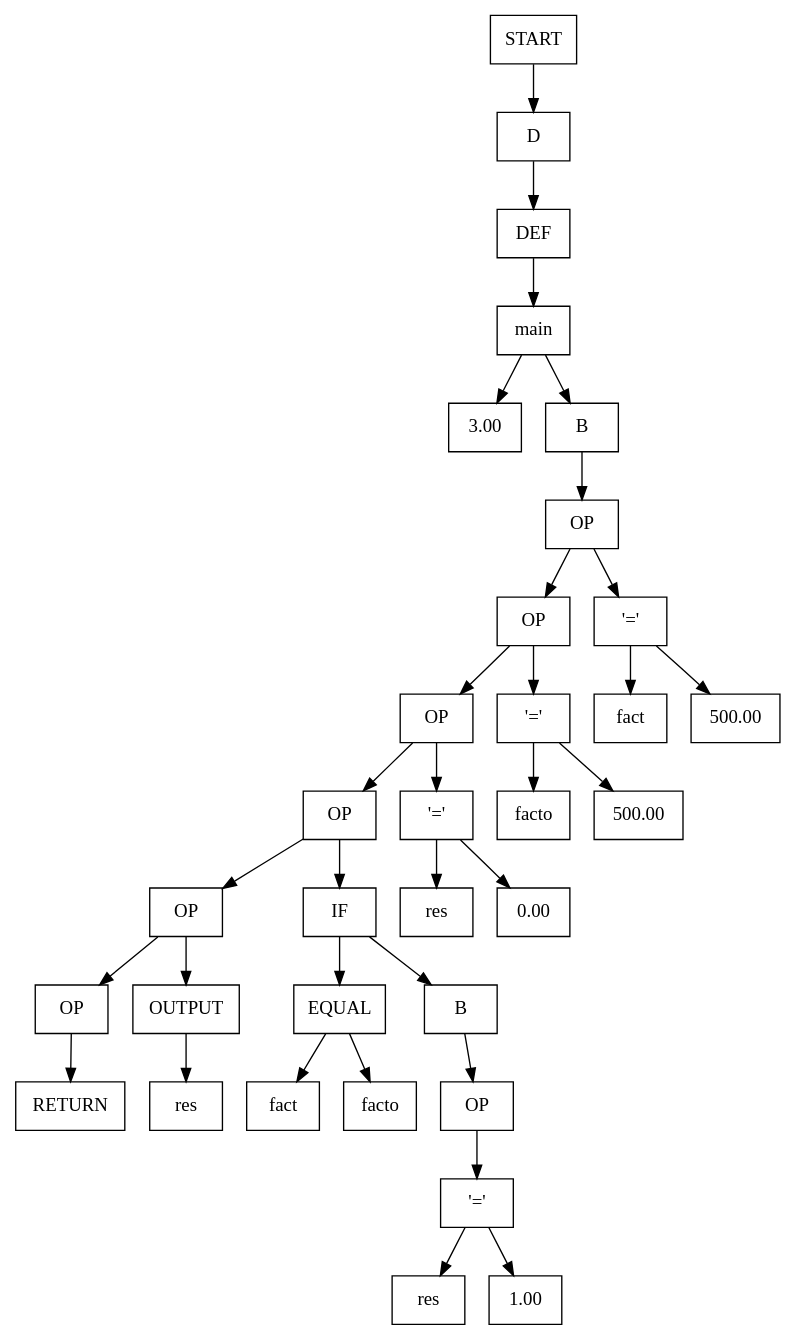
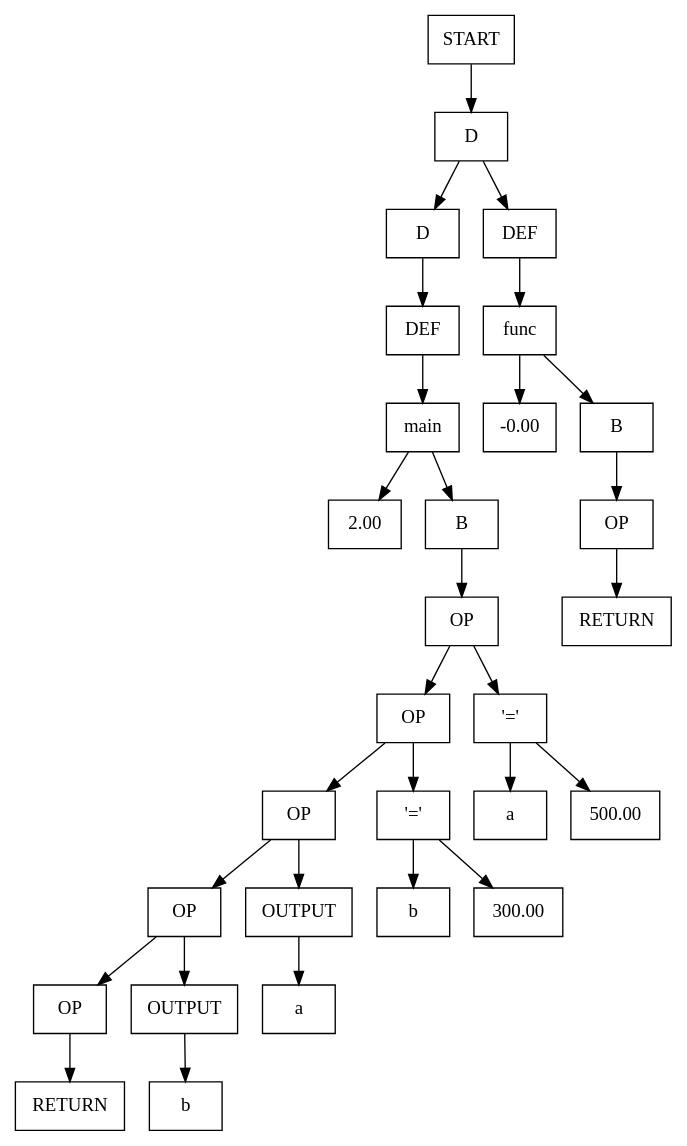
Before and after one commit to AnastasMIPT/Language: the diagram in resources/output.dot, drawn with Graphviz. The commit also changed 7 other files, not shown here.

```diff
--- a/resources/output.dot
+++ b/resources/output.dot
@@ -1,67 +1,59 @@
 digraph {
-node0x55c1e1868c50 [label="START", shape=box];
-node0x55c1e1869c60 [label="D", shape=box];
-node0x55c1e1868c50 -> node0x55c1e1869c60
-node0x55c1e1868cc0 [label="DEF", shape=box];
-node0x55c1e1869c60 -> node0x55c1e1868cc0
-node0x55c1e1868d30 [label="main", shape=box];
-node0x55c1e1868cc0 -> node0x55c1e1868d30
-node0x55c1e186a0c0 [label="3.00", shape=box];
-node0x55c1e1869cd0 [label="B", shape=box];
-node0x55c1e1868d30 -> node0x55c1e186a0c0
-node0x55c1e1868d30 -> node0x55c1e1869cd0
-node0x55c1e1869d40 [label="OP", shape=box];
-node0x55c1e1869cd0 -> node0x55c1e1869d40
-node0x55c1e1869db0 [label="OP", shape=box];
-node0x55c1e1868fd0 [label="'='", shape=box];
-node0x55c1e1869d40 -> node0x55c1e1869db0
-node0x55c1e1869d40 -> node0x55c1e1868fd0
-node0x55c1e1868f60 [label="fact", shape=box];
-node0x55c1e1869040 [label="500.00", shape=box];
-node0x55c1e1868fd0 -> node0x55c1e1868f60
-node0x55c1e1868fd0 -> node0x55c1e1869040
-node0x55c1e1869e20 [label="OP", shape=box];
-node0x55c1e1869150 [label="'='", shape=box];
-node0x55c1e1869db0 -> node0x55c1e1869e20
-node0x55c1e1869db0 -> node0x55c1e1869150
-node0x55c1e18690e0 [label="facto", shape=box];
-node0x55c1e18691c0 [label="500.00", shape=box];
-node0x55c1e1869150 -> node0x55c1e18690e0
-node0x55c1e1869150 -> node0x55c1e18691c0
-node0x55c1e1869e90 [label="OP", shape=box];
-node0x55c1e18692d0 [label="'='", shape=box];
-node0x55c1e1869e20 -> node0x55c1e1869e90
-node0x55c1e1869e20 -> node0x55c1e18692d0
-node0x55c1e1869260 [label="res", shape=box];
-node0x55c1e1869340 [label="0.00", shape=box];
-node0x55c1e18692d0 -> node0x55c1e1869260
-node0x55c1e18692d0 -> node0x55c1e1869340
-node0x55c1e1869fe0 [label="OP", shape=box];
-node0x55c1e18693e0 [label="IF", shape=box];
-node0x55c1e1869e90 -> node0x55c1e1869fe0
-node0x55c1e1869e90 -> node0x55c1e18693e0
-node0x55c1e1869530 [label="EQUAL", shape=box];
-node0x55c1e1869f00 [label="B", shape=box];
-node0x55c1e18693e0 -> node0x55c1e1869530
-node0x55c1e18693e0 -> node0x55c1e1869f00
-node0x55c1e1869f70 [label="OP", shape=box];
-node0x55c1e1869f00 -> node0x55c1e1869f70
-node0x55c1e1869760 [label="'='", shape=box];
-node0x55c1e1869f70 -> node0x55c1e1869760
-node0x55c1e18696f0 [label="res", shape=box];
-node0x55c1e18697d0 [label="1.00", shape=box];
-node0x55c1e1869760 -> node0x55c1e18696f0
-node0x55c1e1869760 -> node0x55c1e18697d0
-node0x55c1e18694c0 [label="fact", shape=box];
-node0x55c1e18695a0 [label="facto", shape=box];
-node0x55c1e1869530 -> node0x55c1e18694c0
-node0x55c1e1869530 -> node0x55c1e18695a0
-node0x55c1e186a050 [label="OP", shape=box];
-node0x55c1e18698e0 [label="OUTPUT", shape=box];
-node0x55c1e1869fe0 -> node0x55c1e186a050
-node0x55c1e1869fe0 -> node0x55c1e18698e0
-node0x55c1e18699c0 [label="res", shape=box];
-node0x55c1e18698e0 -> node0x55c1e18699c0
-node0x55c1e1869aa0 [label="RETURN", shape=box];
-node0x55c1e186a050 -> node0x55c1e1869aa0
+node0x55702348fc50 [label="START", shape=box];
+node0x557023490b90 [label="D", shape=box];
+node0x55702348fc50 -> node0x557023490b90
+node0x557023490d10 [label="D", shape=box];
+node0x55702348fcc0 [label="DEF", shape=box];
+node0x557023490b90 -> node0x557023490d10
+node0x557023490b90 -> node0x55702348fcc0
+node0x55702348fd30 [label="func", shape=box];
+node0x55702348fcc0 -> node0x55702348fd30
+node0x557023490ce0 [label="-0.00", shape=box];
+node0x557023490c00 [label="B", shape=box];
+node0x55702348fd30 -> node0x557023490ce0
+node0x55702348fd30 -> node0x557023490c00
+node0x557023490c70 [label="OP", shape=box];
+node0x557023490c00 -> node0x557023490c70
+node0x55702348ff60 [label="RETURN", shape=box];
+node0x557023490c70 -> node0x55702348ff60
+node0x5570234900b0 [label="DEF", shape=box];
+node0x557023490d10 -> node0x5570234900b0
+node0x557023490120 [label="main", shape=box];
+node0x5570234900b0 -> node0x557023490120
+node0x557023491020 [label="2.00", shape=box];
+node0x557023490d80 [label="B", shape=box];
+node0x557023490120 -> node0x557023491020
+node0x557023490120 -> node0x557023490d80
+node0x557023490df0 [label="OP", shape=box];
+node0x557023490d80 -> node0x557023490df0
+node0x557023490e60 [label="OP", shape=box];
+node0x5570234903c0 [label="'='", shape=box];
+node0x557023490df0 -> node0x557023490e60
+node0x557023490df0 -> node0x5570234903c0
+node0x557023490350 [label="a", shape=box];
+node0x557023490430 [label="500.00", shape=box];
+node0x5570234903c0 -> node0x557023490350
+node0x5570234903c0 -> node0x557023490430
+node0x557023490ed0 [label="OP", shape=box];
+node0x557023490540 [label="'='", shape=box];
+node0x557023490e60 -> node0x557023490ed0
+node0x557023490e60 -> node0x557023490540
+node0x5570234904d0 [label="b", shape=box];
+node0x5570234905b0 [label="300.00", shape=box];
+node0x557023490540 -> node0x5570234904d0
+node0x557023490540 -> node0x5570234905b0
+node0x557023490f40 [label="OP", shape=box];
+node0x557023490650 [label="OUTPUT", shape=box];
+node0x557023490ed0 -> node0x557023490f40
+node0x557023490ed0 -> node0x557023490650
+node0x557023490730 [label="a", shape=box];
+node0x557023490650 -> node0x557023490730
+node0x557023490fb0 [label="OP", shape=box];
+node0x557023490810 [label="OUTPUT", shape=box];
+node0x557023490f40 -> node0x557023490fb0
+node0x557023490f40 -> node0x557023490810
+node0x5570234908f0 [label="b", shape=box];
+node0x557023490810 -> node0x5570234908f0
+node0x5570234909d0 [label="RETURN", shape=box];
+node0x557023490fb0 -> node0x5570234909d0
 }
```
